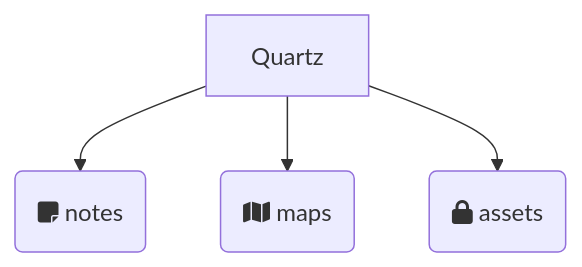
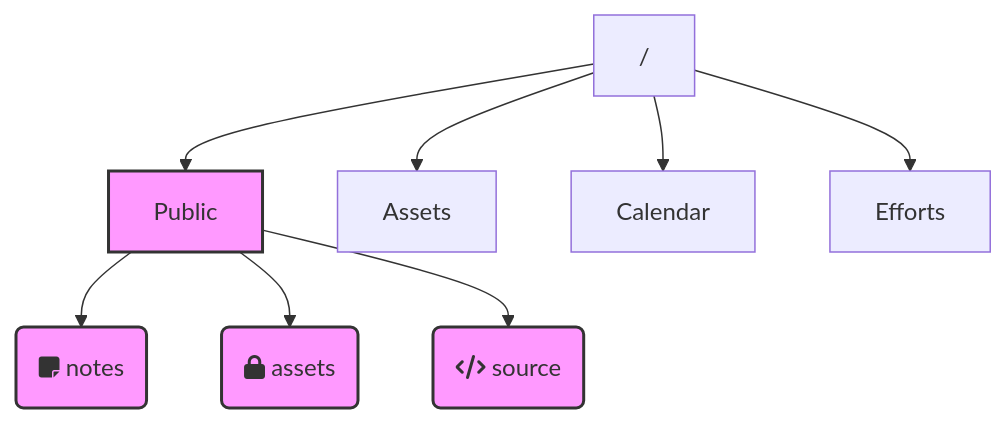
The diagram in content/notes/The Quantum Garden folder structure.md (quantumgardener/qg.blog), drawn with Mermaid before and after one commit. The commit also changed other lines of this file and 55 other files, not shown here.

````diff
--- a/content/notes/The Quantum Garden folder structure.md
+++ b/content/notes/The Quantum Garden folder structure.md
@@ -11,6 +10,14 @@
 ```mermaid
 flowchart TD
-    A["Quartz"] --> B(fa:fa-note-sticky notes)
-    A --> M(fa:fa-map maps)
-    A --> D(fa:fa-lock assets)
+    R["/"]
+    R --> Public
+    R --> Assets
+    R --> Calendar
+    R --> Efforts
+    Public --> notes(fa:fa-note-sticky notes)
+    Public --> assets(fa:fa-lock assets)
+    Public --> src(fa:fa-code source)
+
+classDef highlight fill:#f9f,stroke:#333,stroke-width:2px;
+class Public,notes,assets,src highlight;
 ```
````
